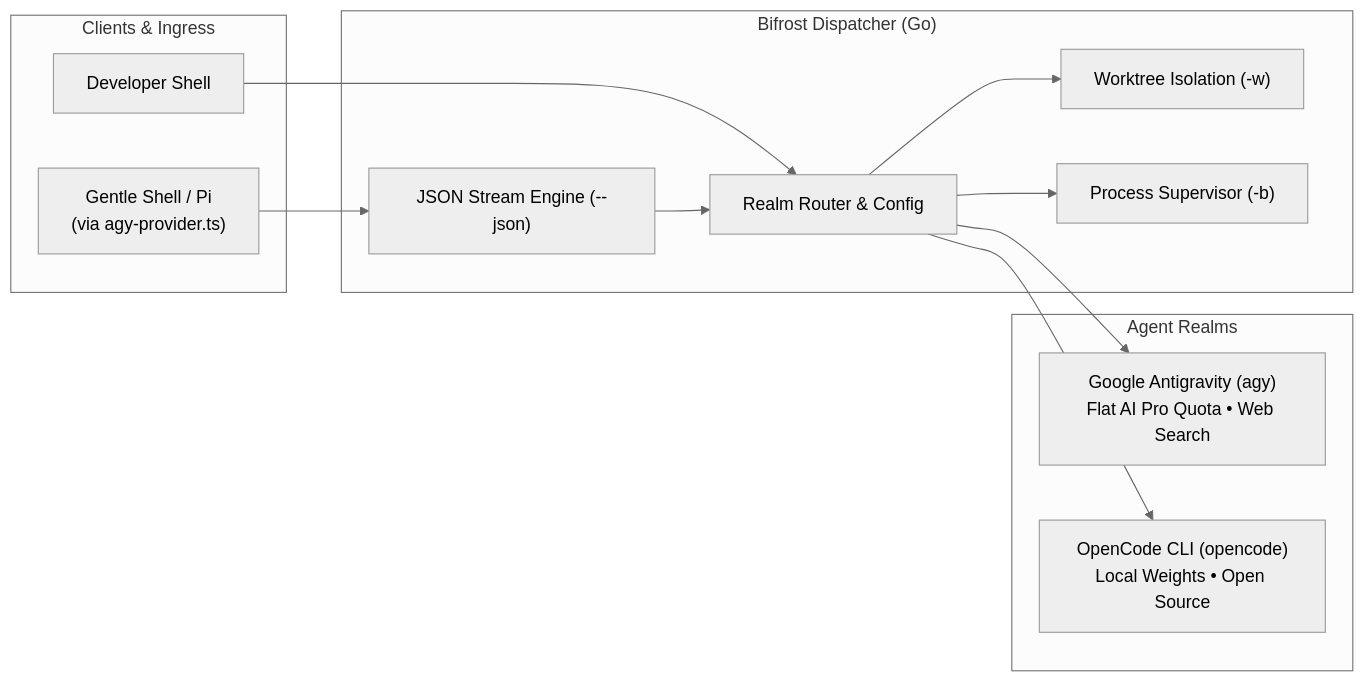
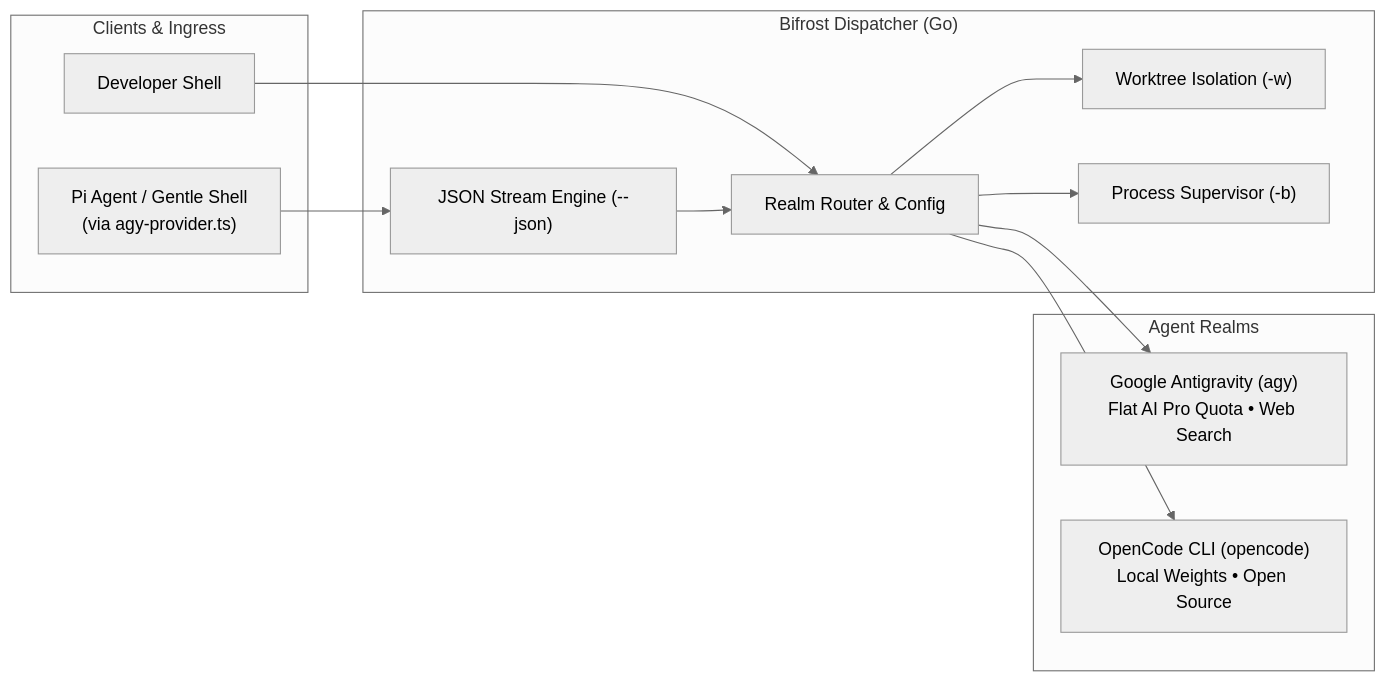
One commit to FullFran/bifrost changed the diagram in README.md. Above: the diagram before and after it, drawn with Mermaid (neutral theme). The commit also changed other lines of this file and 4 other files, not shown here.

````diff
--- a/README.md
+++ b/README.md
@@ -24,26 +24,26 @@
 ```mermaid
 flowchart LR
     subgraph Ingress["Clients & Ingress"]
         User["Developer Shell"]
-        GS["Gentle Shell / Pi<br/>(via agy-provider.ts)"]
+        GS["Pi Agent / Gentle Shell<br/>(via agy-provider.ts)"]
     end
 
     subgraph Bifrost["Bifrost Dispatcher (Go)"]
         Router["Realm Router & Config"]
         WT["Worktree Isolation (-w)"]
         Super["Process Supervisor (-b)"]
         Stream["JSON Stream Engine (--json)"]
     end
 
     subgraph Realms["Agent Realms"]
         Asgard["Google Antigravity (agy)<br/>Flat AI Pro Quota • Web Search"]
         Midgard["OpenCode CLI (opencode)<br/>Local Weights • Open Source"]
     end
 
     User --> Router
     GS --> Stream --> Router
     Router --> WT
     Router --> Super
     Router --> Asgard
     Router --> Midgard
 ```
````
